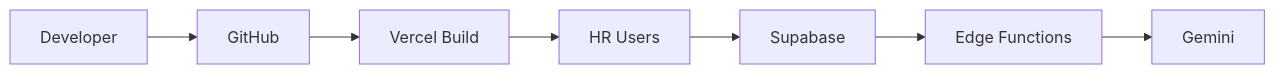
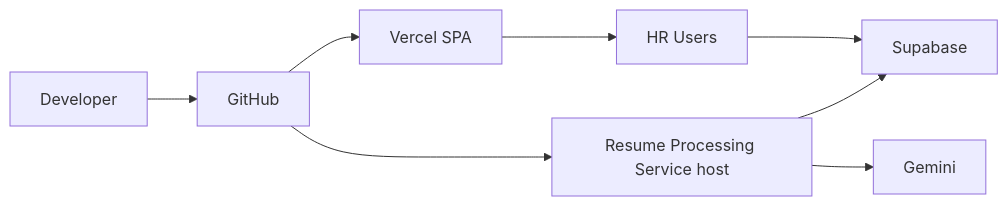
Before and after one commit to VishnuVardhan-CH-2022/resume-rank-ai-dev: diagram 17 of 17 in docs/02-design/04-System-Design-Document.md, drawn with Mermaid. The commit also changed other lines of this file and 4 other files, not shown here.

````diff
--- a/docs/02-design/04-System-Design-Document.md
+++ b/docs/02-design/04-System-Design-Document.md
@@ -1162,9 +1081,10 @@
 ```mermaid
 flowchart LR
   Dev[Developer] --> GH[GitHub]
-  GH --> Vercel[Vercel Build]
+  GH --> Vercel[Vercel SPA]
+  GH --> Proc[Resume Processing Service host]
   Vercel --> Users[HR Users]
   Users --> SB[Supabase]
-  SB --> EF[Edge Functions]
-  EF --> Gemini[Gemini]
+  Proc --> SB
+  Proc --> Gemini[Gemini]
 ```
````
